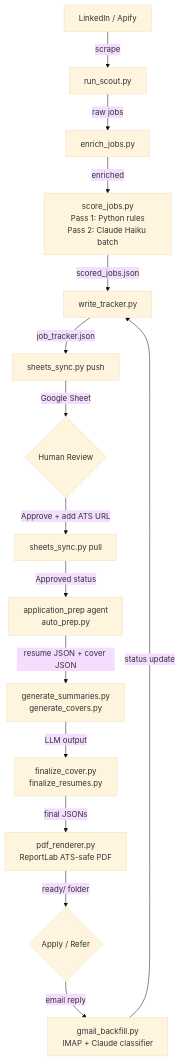
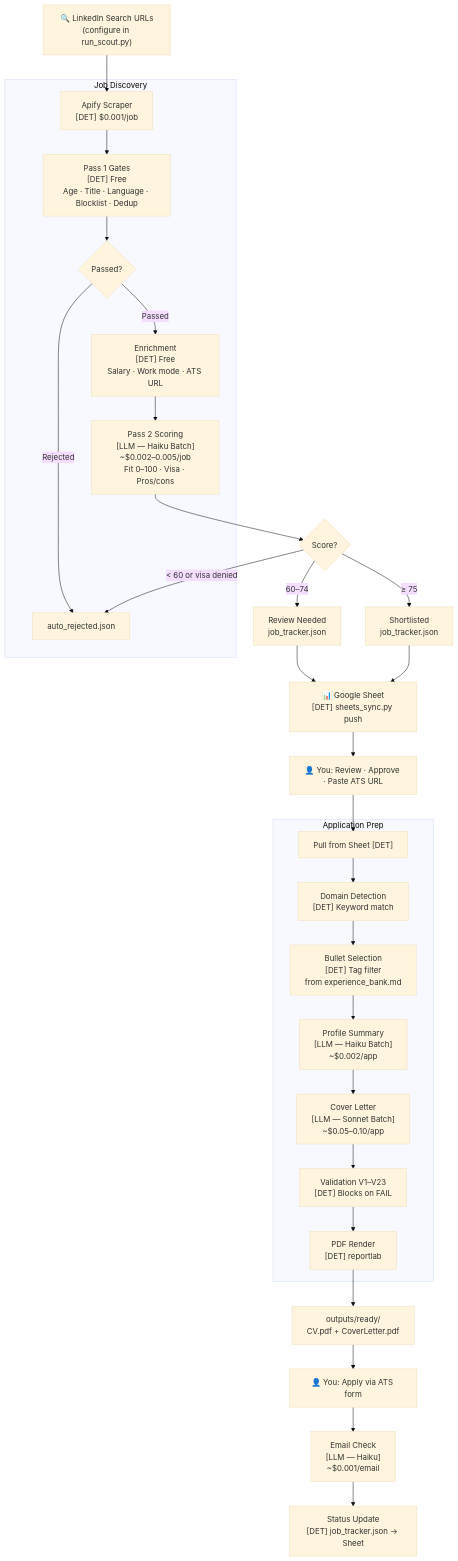
Before and after one commit to vinaypatidar02/job-agent: the diagram in README.md, drawn with Mermaid (base theme). The commit also changed other lines of this file and 14 other files, not shown here.

````diff
--- a/README.md
+++ b/README.md
@@ -23,17 +26,37 @@
 ```mermaid
 flowchart TD
-    A[LinkedIn / Apify] -->|scrape| B[run_scout.py]
-    B -->|raw jobs| C[enrich_jobs.py]
-    C -->|enriched| D["score_jobs.py\nPass 1: Python rules\nPass 2: Claude Haiku batch"]
-    D -->|scored_jobs.json| E[write_tracker.py]
-    E -->|job_tracker.json| F[sheets_sync.py push]
-    F -->|Google Sheet| G{Human Review}
-    G -->|Approve + add ATS URL| H[sheets_sync.py pull]
-    H -->|Approved status| I["application_prep agent\nauto_prep.py"]
-    I -->|resume JSON + cover JSON| J["generate_summaries.py\ngenerate_covers.py"]
-    J -->|LLM output| K["finalize_cover.py\nfinalize_resumes.py"]
-    K -->|final JSONs| L["pdf_renderer.py\nReportLab ATS-safe PDF"]
-    L -->|ready/ folder| M{Apply / Refer}
-    M -->|email reply| N["gmail_backfill.py\nIMAP + Claude classifier"]
-    N -->|status update| E
+    A["🔍 LinkedIn Search URLs\n(configure in run_scout.py)"] --> B
+
+    subgraph SCOUT ["Job Discovery"]
+        B["Apify Scraper\n[DET] $0.001/job"] --> C
+        C["Pass 1 Gates\n[DET] Free\nAge · Title · Language · Blocklist · Dedup"] --> D
+        D{Passed?}
+        D -- Rejected --> E["auto_rejected.json"]
+        D -- Passed --> F["Enrichment\n[DET] Free\nSalary · Work mode · ATS URL"]
+        F --> G["Pass 2 Scoring\n[LLM — Haiku Batch]\n~$0.002–0.005/job\nFit 0–100 · Visa · Pros/cons"]
+    end
+
+    G --> H{Score?}
+    H -- "< 60 or visa denied" --> E
+    H -- "60–74" --> I["Review Needed\njob_tracker.json"]
+    H -- "≥ 75" --> J["Shortlisted\njob_tracker.json"]
+
+    I --> K["📊 Google Sheet\n[DET] sheets_sync.py push"]
+    J --> K
+    K --> L["👤 You: Review · Approve · Paste ATS URL"]
+    L --> M["Pull from Sheet [DET]"]
+
+    subgraph PREP ["Application Prep"]
+        M --> N["Domain Detection\n[DET] Keyword match"]
+        N --> O["Bullet Selection\n[DET] Tag filter\nfrom experience_bank.md"]
+        O --> P["Profile Summary\n[LLM — Haiku Batch]\n~$0.002/app"]
+        P --> Q["Cover Letter\n[LLM — Sonnet Batch]\n~$0.05–0.10/app"]
+        Q --> R["Validation V1–V23\n[DET] Blocks on FAIL"]
+        R --> S["PDF Render\n[DET] reportlab"]
+    end
+
+    S --> T["outputs/ready/\nCV.pdf + CoverLetter.pdf"]
+    T --> U["👤 You: Apply via ATS form"]
+    U --> V["Email Check\n[LLM — Haiku]\n~$0.001/email"]
+    V --> W["Status Update\n[DET] job_tracker.json → Sheet"]
 ```
````
